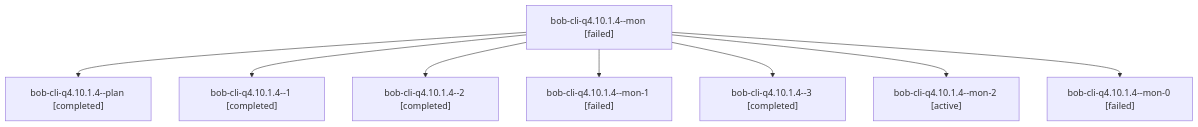
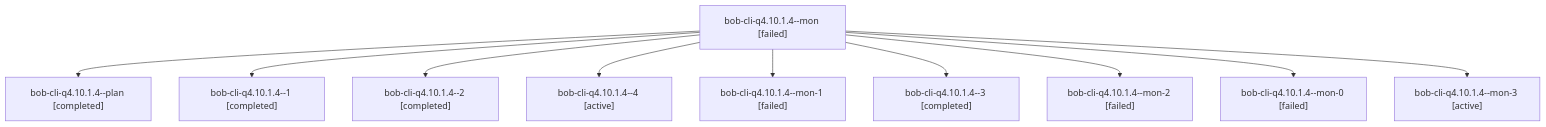
One commit to bobs-org/bob-cli--agents changed the diagram in sessions/bbugyi200.athena.bob-cli-q4.10.1.4.md. Above: the diagram before and after it, drawn with Mermaid. The commit also changed other lines of this file and 196 other files, not shown here.

````diff
--- a/sessions/bbugyi200.athena.bob-cli-q4.10.1.4.md
+++ b/sessions/bbugyi200.athena.bob-cli-q4.10.1.4.md
@@ -9,18 +9,22 @@
 ```mermaid
 flowchart TD
   n0["bob-cli-q4.10.1.4--mon [failed]"]
   n1["bob-cli-q4.10.1.4--plan [completed]"]
   n0 --> n1
   n2["bob-cli-q4.10.1.4--1 [completed]"]
   n0 --> n2
   n3["bob-cli-q4.10.1.4--2 [completed]"]
   n0 --> n3
-  n4["bob-cli-q4.10.1.4--mon-1 [failed]"]
+  n4["bob-cli-q4.10.1.4--4 [active]"]
   n0 --> n4
-  n5["bob-cli-q4.10.1.4--3 [completed]"]
+  n5["bob-cli-q4.10.1.4--mon-1 [failed]"]
   n0 --> n5
-  n6["bob-cli-q4.10.1.4--mon-2 [active]"]
+  n6["bob-cli-q4.10.1.4--3 [completed]"]
   n0 --> n6
-  n7["bob-cli-q4.10.1.4--mon-0 [failed]"]
+  n7["bob-cli-q4.10.1.4--mon-2 [failed]"]
   n0 --> n7
+  n8["bob-cli-q4.10.1.4--mon-0 [failed]"]
+  n0 --> n8
+  n9["bob-cli-q4.10.1.4--mon-3 [active]"]
+  n0 --> n9
 ```
````
